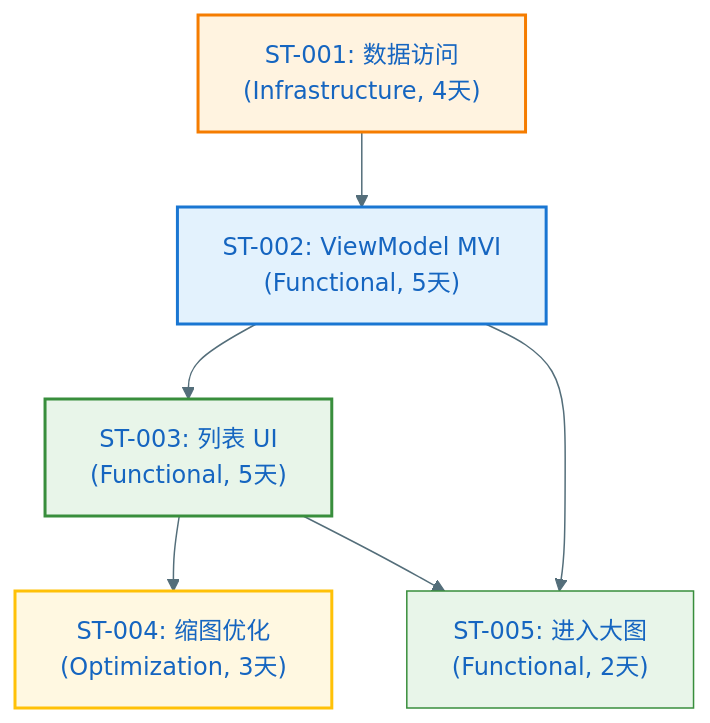
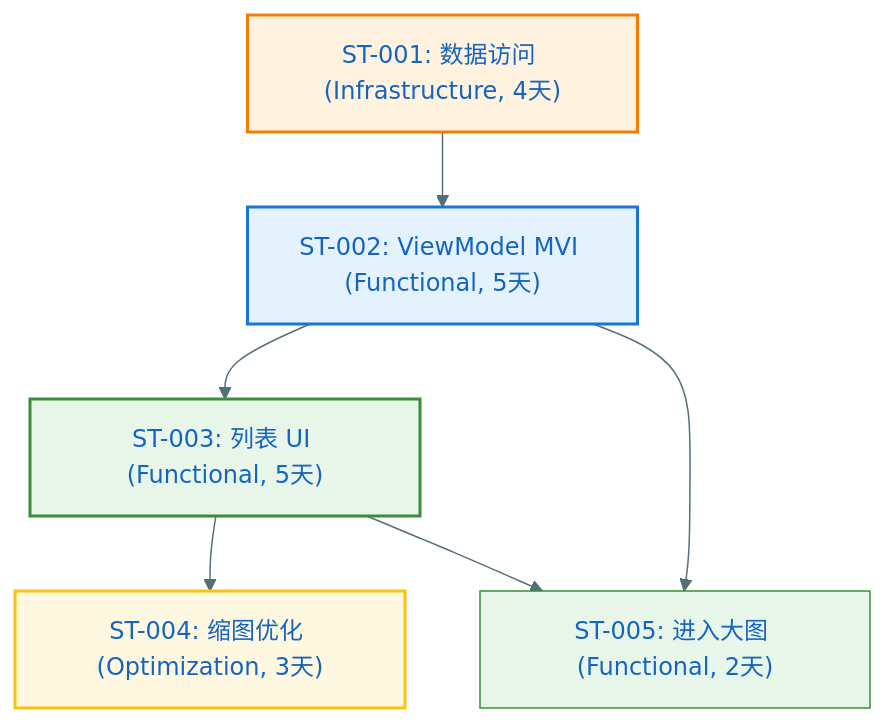
Diagram 16 of 16 in specs/epics/EPIC-004-android-gallery/features/FEAT-001-timeline-list/plan.md (jackykarma/Verity), drawn with Mermaid before and after one commit. The commit also changed other lines of this file and 22 other files, not shown here.

First line of the commit message:
📝 docs(EPIC-004): 规格一致性与 Mermaid 图表修正

````diff
--- a/specs/epics/EPIC-004-android-gallery/features/FEAT-001-timeline-list/plan.md
+++ b/specs/epics/EPIC-004-android-gallery/features/FEAT-001-timeline-list/plan.md
@@ -1285,21 +1286,21 @@
 ```mermaid
 %%{init: {'theme': 'base', 'themeVariables': { 'primaryColor': '#E3F2FD', 'primaryTextColor': '#1565C0', 'primaryBorderColor': '#1976D2', 'lineColor': '#546E7A'}}}%%
 flowchart TD
-    ST001["ST-001: 数据访问<br/>(Infrastructure, 4天)"]
-    ST002["ST-002: ViewModel MVI<br/>(Functional, 5天)"]
-    ST003["ST-003: 列表 UI<br/>(Functional, 5天)"]
-    ST004["ST-004: 缩图优化<br/>(Optimization, 3天)"]
-    ST005["ST-005: 进入大图<br/>(Functional, 2天)"]
+    ST001["ST-001: 数据访问 (Infrastructure, 4天)"]
+    ST002["ST-002: ViewModel MVI (Functional, 5天)"]
+    ST003["ST-003: 列表 UI (Functional, 5天)"]
+    ST004["ST-004: 缩图优化 (Optimization, 3天)"]
+    ST005["ST-005: 进入大图 (Functional, 2天)"]
 
     ST001 --> ST002
     ST002 --> ST003
     ST003 --> ST004
     ST002 --> ST005
     ST003 --> ST005
 
     style ST001 fill:#FFF3E0,stroke:#F57C00,stroke-width:2px
     style ST002 fill:#E3F2FD,stroke:#1976D2,stroke-width:2px
     style ST003 fill:#E8F5E9,stroke:#388E3C,stroke-width:2px
     style ST004 fill:#FFF8E1,stroke:#FFC107,stroke-width:2px
     style ST005 fill:#E8F5E9,stroke:#388E3C
 ```
````
